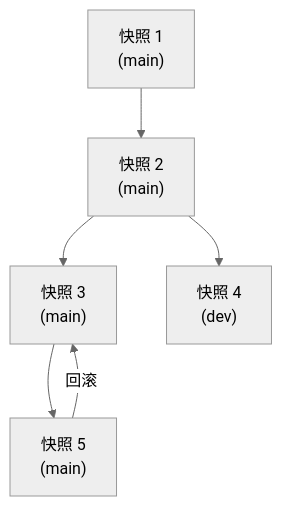
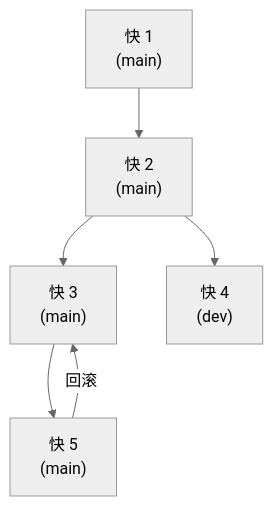
One commit to yejinlei/agent-nexus changed the second of 3 diagrams in MANUAL.md. Above: the diagram before and after it, drawn with Mermaid (neutral theme). The commit also changed other lines of this file and 4 other files, not shown here.

````diff
--- a/MANUAL.md
+++ b/MANUAL.md
@@ -191,8 +1129,43 @@
 ```mermaid
+
+
+
+
+
 graph TD
-    S1["快照 1<br/>(main)"] --> S2["快照 2<br/>(main)"]
-    S2 --> S3["快照 3<br/>(main)"]
-    S2 --> S4["快照 4<br/>(dev)"]
-    S3 --> S5["快照 5<br/>(main)"]
+
+
+
+
+
+    S1["快  1<br/>(main)"] --> S2["快  2<br/>(main)"]
+
+
+
+
+
+    S2 --> S3["快  3<br/>(main)"]
+
+
+
+
+
+    S2 --> S4["快  4<br/>(dev)"]
+
+
+
+
+
+    S3 --> S5["快  5<br/>(main)"]
+
+
+
+
+
     S5 --> |回滚| S3
+
+
+
+
+
 ```
````
